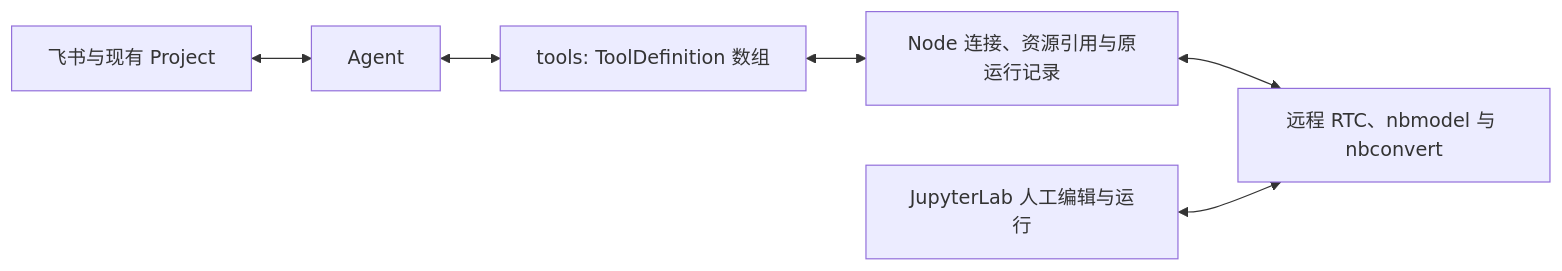
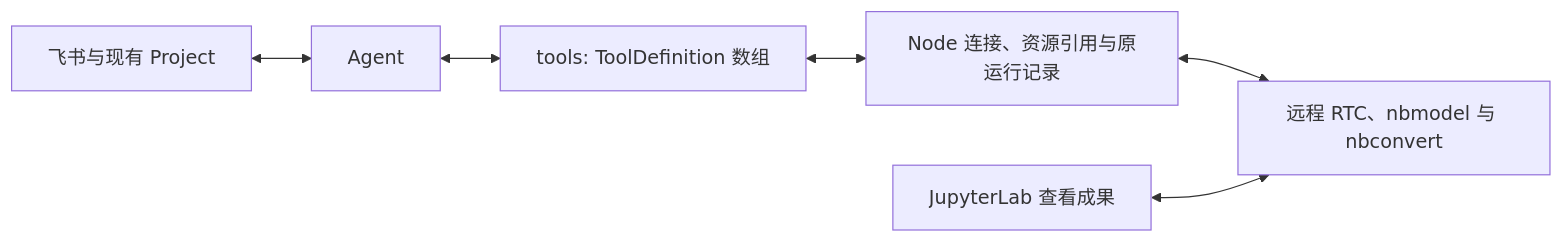
The diagram in docs/designs/jupyter-harness.md (hs3180/disclaude), drawn with Mermaid before and after one commit. The commit also changed other lines of this file and 4 other files, not shown here.

````diff
--- a/docs/designs/jupyter-harness.md
+++ b/docs/designs/jupyter-harness.md
@@ -15,8 +17,8 @@
 ```mermaid
 flowchart LR
   F[飞书与现有 Project] <--> A[Agent]
   A <--> T[tools: ToolDefinition 数组]
   T <--> N[Node 连接、资源引用与原运行记录]
   N <--> J[远程 RTC、nbmodel 与 nbconvert]
-  H[JupyterLab 人工编辑与运行] <--> J
+  H[JupyterLab 查看成果] <--> J
 ```
````
